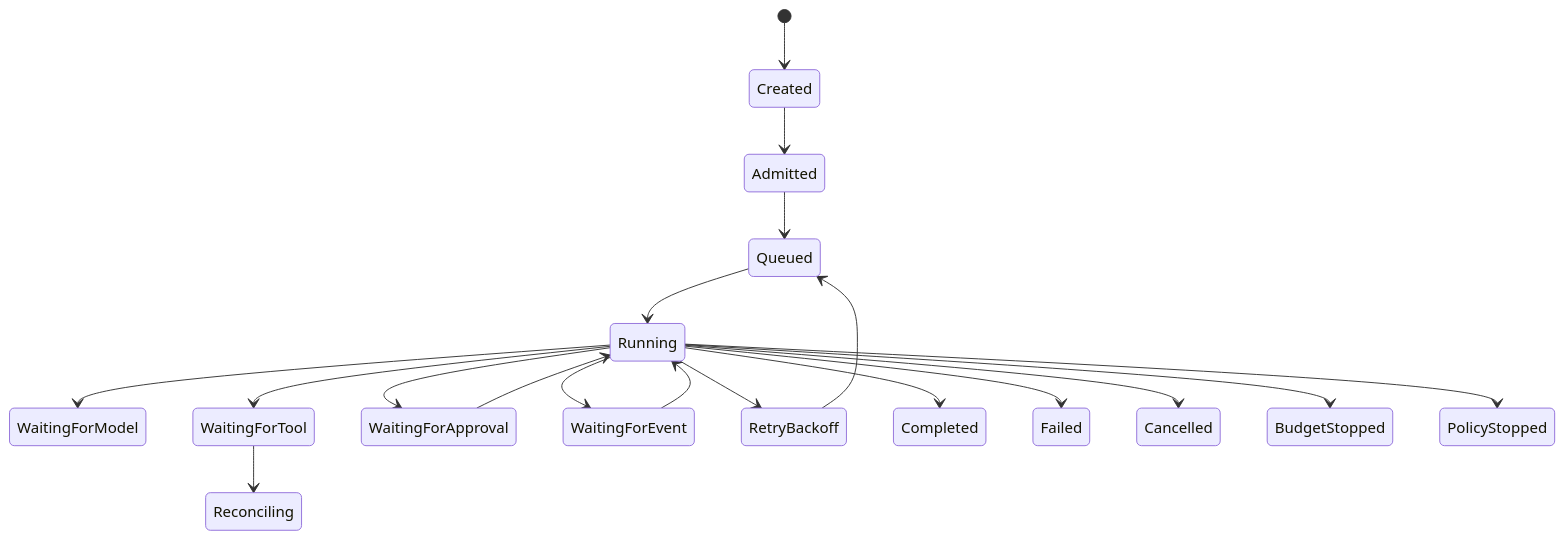
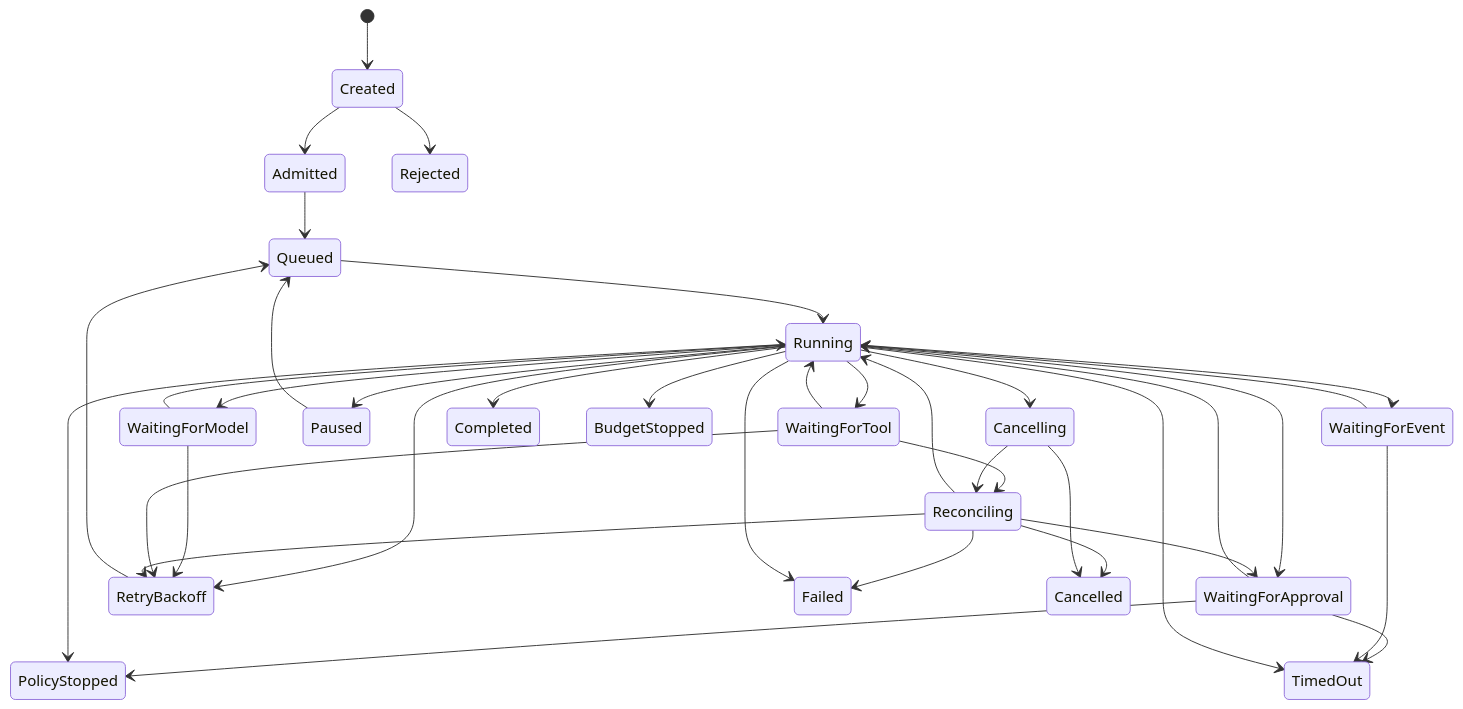
One commit to thaithienvanid/agentic-reference-architecture changed the eighth of 15 diagrams in diagrams/index.mdx. Above: the diagram before and after it, drawn with Mermaid. The commit also changed other lines of this file and 20 other files, not shown here.

Commit message:
normalize architecture contracts and execution ontology

````diff
--- a/diagrams/index.mdx
+++ b/diagrams/index.mdx
@@ -123,21 +124,39 @@
 ```mermaid
 stateDiagram-v2
   [*] --> Created
   Created --> Admitted
+  Created --> Rejected
   Admitted --> Queued
   Queued --> Running
   Running --> WaitingForModel
   Running --> WaitingForTool
   Running --> WaitingForApproval
   Running --> WaitingForEvent
   Running --> RetryBackoff
+  Running --> Paused
+  Running --> Cancelling
+  WaitingForModel --> Running
+  WaitingForModel --> RetryBackoff
+  WaitingForTool --> Running
+  WaitingForTool --> RetryBackoff
   WaitingForTool --> Reconciling
+  Reconciling --> Running
+  Reconciling --> RetryBackoff
+  Reconciling --> WaitingForApproval
+  Reconciling --> Failed
+  Reconciling --> Cancelled
   WaitingForApproval --> Running
+  WaitingForApproval --> PolicyStopped
+  WaitingForApproval --> TimedOut
   WaitingForEvent --> Running
+  WaitingForEvent --> TimedOut
   RetryBackoff --> Queued
+  Paused --> Queued
+  Cancelling --> Cancelled
+  Cancelling --> Reconciling
   Running --> Completed
   Running --> Failed
-  Running --> Cancelled
+  Running --> TimedOut
   Running --> BudgetStopped
   Running --> PolicyStopped
 ```
````
